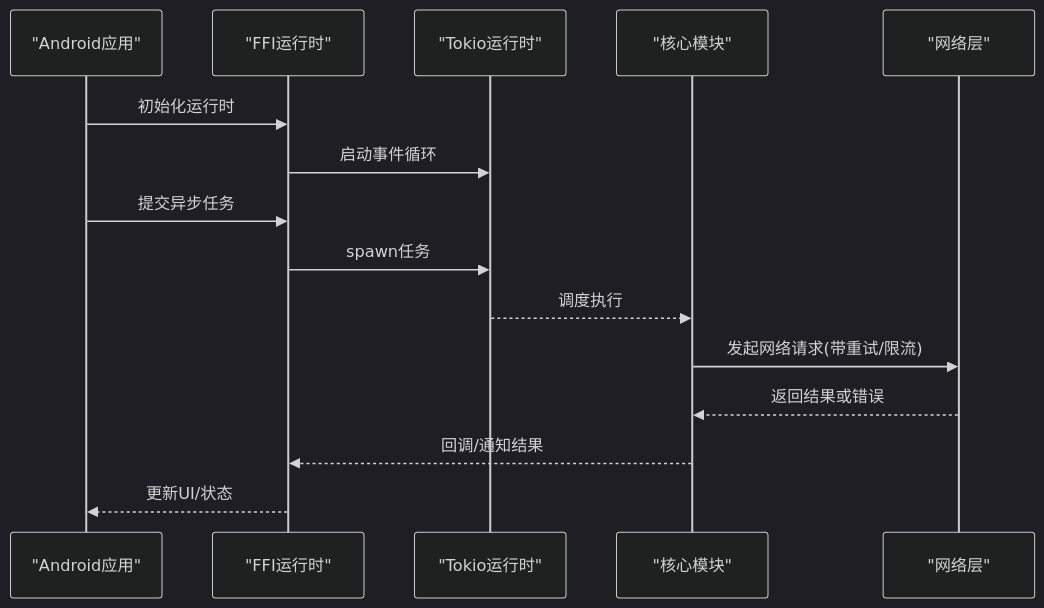
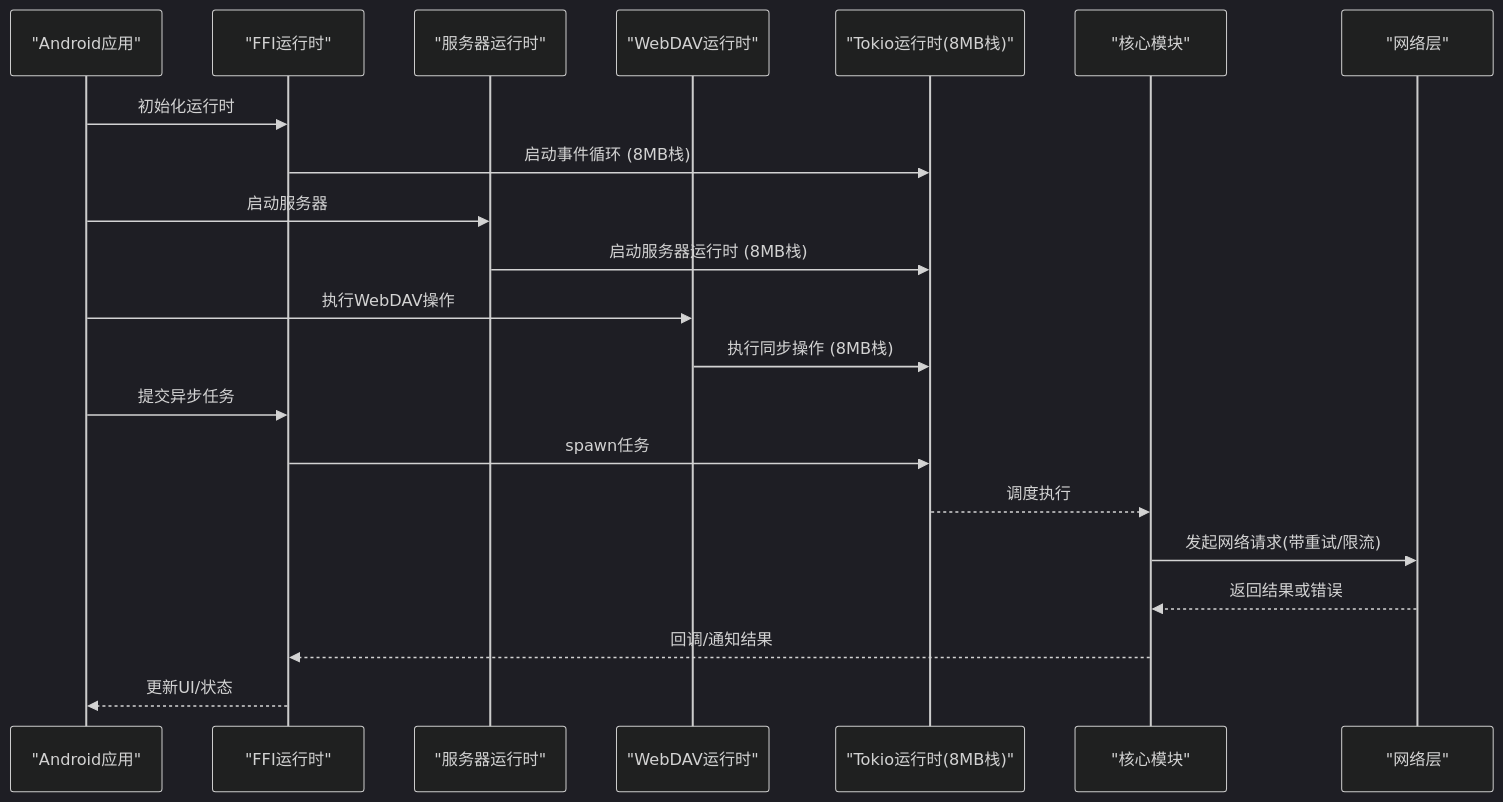
The second of 10 diagrams in .qoder/repowiki/zh/content/Rust核心库/异步并发.md (ZhangGHGitHub/LegadoTeamFlutter), drawn with Mermaid (dark theme) before and after one commit. The commit also changed other lines of this file and 173 other files, not shown here.

````diff
--- a/.qoder/repowiki/zh/content/Rust核心库/异步并发.md
+++ b/.qoder/repowiki/zh/content/Rust核心库/异步并发.md
@@ -148,17 +175,23 @@
 ```mermaid
 sequenceDiagram
 participant Android as "Android应用"
 participant FFI as "FFI运行时"
-participant Tokio as "Tokio运行时"
+participant Server as "服务器运行时"
+participant WebDav as "WebDAV运行时"
+participant Tokio as "Tokio运行时(8MB栈)"
 participant Core as "核心模块"
 participant Net as "网络层"
 Android->>FFI : 初始化运行时
-FFI->>Tokio : 启动事件循环
+FFI->>Tokio : 启动事件循环 (8MB栈)
+Android->>Server : 启动服务器
+Server->>Tokio : 启动服务器运行时 (8MB栈)
+Android->>WebDav : 执行WebDAV操作
+WebDav->>Tokio : 执行同步操作 (8MB栈)
 Android->>FFI : 提交异步任务
 FFI->>Tokio : spawn任务
 Tokio-->>Core : 调度执行
 Core->>Net : 发起网络请求(带重试/限流)
 Net-->>Core : 返回结果或错误
 Core-->>FFI : 回调/通知结果
 FFI-->>Android : 更新UI/状态
 ```
````
